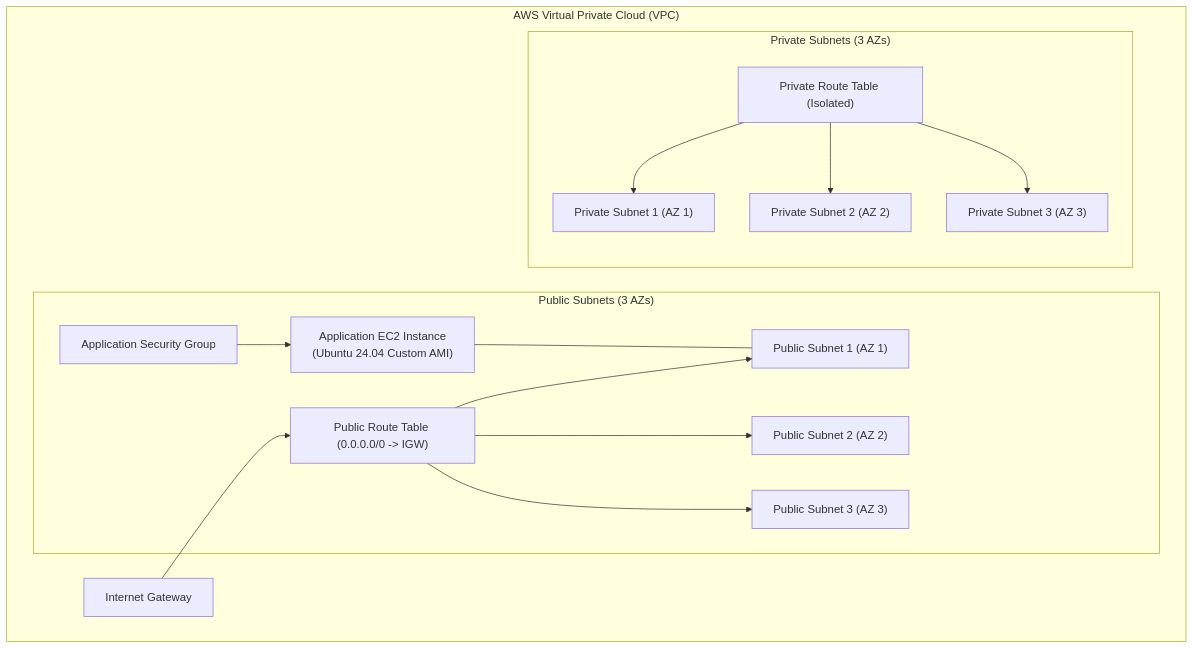
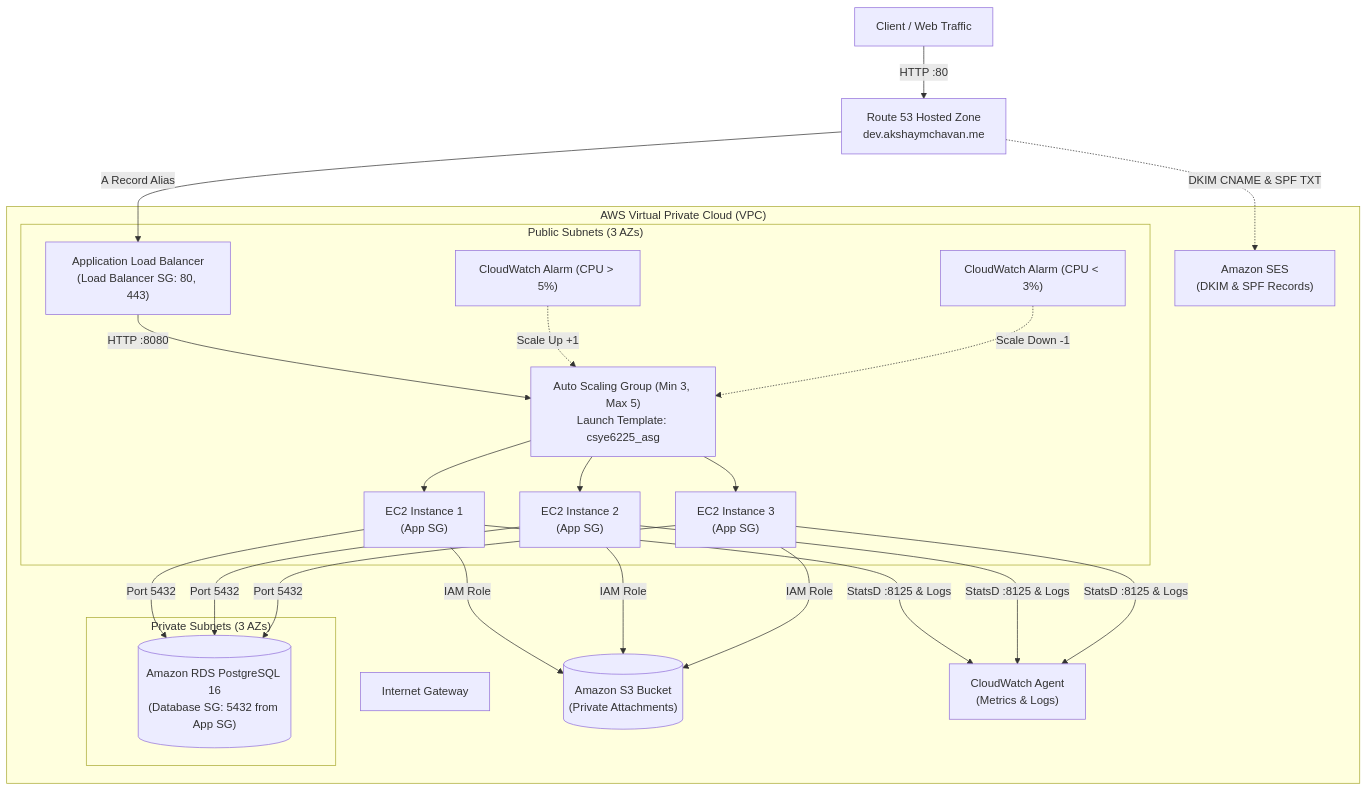
The diagram in tf-aws-infra/README.md (aks2161989/cloud-native-project), drawn with Mermaid before and after one commit. The commit also changed other lines of this file and 3 other files, not shown here.

First line of the commit message:
feat: implement Assignment 08 - auto scaling stack, load balancer, launch template, route 53 alias, and ses email setup

````diff
--- a/tf-aws-infra/README.md
+++ b/tf-aws-infra/README.md
@@ -11,28 +9,32 @@
 ```mermaid
 graph TD
+    Client["Client / Web Traffic"] -->|HTTP :80| Route53["Route 53 Hosted Zone<br/>dev.akshaymchavan.me"]
+    Route53 -->|A Record Alias| ALB["Application Load Balancer<br/>(Load Balancer SG: 80, 443)"]
+    
     subgraph VPC ["AWS Virtual Private Cloud (VPC)"]
         IGW["Internet Gateway"]
         
         subgraph PublicSubnets ["Public Subnets (3 AZs)"]
-            PubSub1["Public Subnet 1 (AZ 1)"]
-            PubSub2["Public Subnet 2 (AZ 2)"]
-            PubSub3["Public Subnet 3 (AZ 3)"]
-            PubRT["Public Route Table (0.0.0.0/0 -> IGW)"]
-            EC2["Application EC2 Instance<br/>(Ubuntu 24.04 Custom AMI)"]
-            SG["Application Security Group"]
+            ALB -->|HTTP :8080| ASG["Auto Scaling Group (Min 3, Max 5)<br/>Launch Template: csye6225_asg"]
+            ASG --> EC2_1["EC2 Instance 1<br/>(App SG)"]
+            ASG --> EC2_2["EC2 Instance 2<br/>(App SG)"]
+            ASG --> EC2_3["EC2 Instance 3<br/>(App SG)"]
+            
+            CW_High["CloudWatch Alarm (CPU > 5%)"] -.->|Scale Up +1| ASG
+            CW_Low["CloudWatch Alarm (CPU < 3%)"] -.->|Scale Down -1| ASG
         end
 
         subgraph PrivateSubnets ["Private Subnets (3 AZs)"]
-            PrivSub1["Private Subnet 1 (AZ 1)"]
-            PrivSub2["Private Subnet 2 (AZ 2)"]
-            PrivSub3["Private Subnet 3 (AZ 3)"]
-            PrivRT["Private Route Table (Isolated)"]
+            RDS[("Amazon RDS PostgreSQL 16<br/>(Database SG: 5432 from App SG)")]
         end
+        
+        S3[("Amazon S3 Bucket<br/>(Private Attachments)")]
+        SES["Amazon SES<br/>(DKIM & SPF Records)"]
+        CW_Agent["CloudWatch Agent<br/>(Metrics & Logs)"]
     end
 
-    IGW --> PubRT
-    PubRT --> PubSub1 & PubSub2 & PubSub3
-    PrivRT --> PrivSub1 & PrivSub2 & PrivSub3
-    SG --> EC2
-    EC2 --- PubSub1
+    EC2_1 & EC2_2 & EC2_3 -->|Port 5432| RDS
+    EC2_1 & EC2_2 & EC2_3 -->|IAM Role| S3
+    EC2_1 & EC2_2 & EC2_3 -->|StatsD :8125 & Logs| CW_Agent
+    Route53 -.->|DKIM CNAME & SPF TXT| SES
 ```
````
